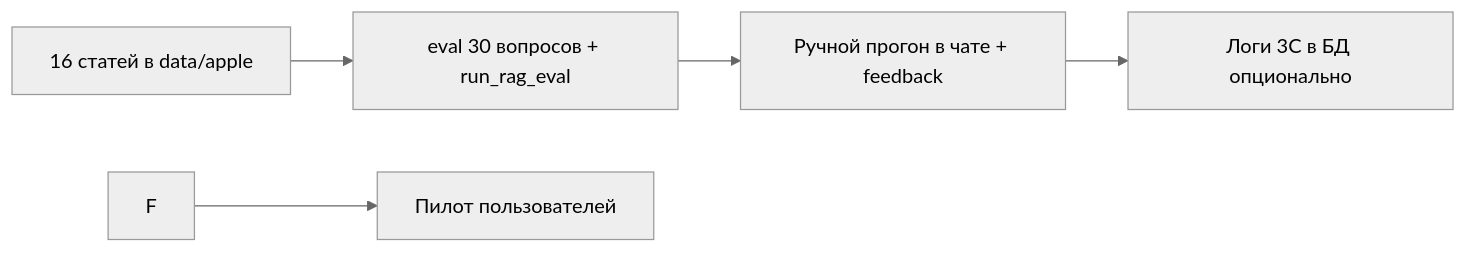
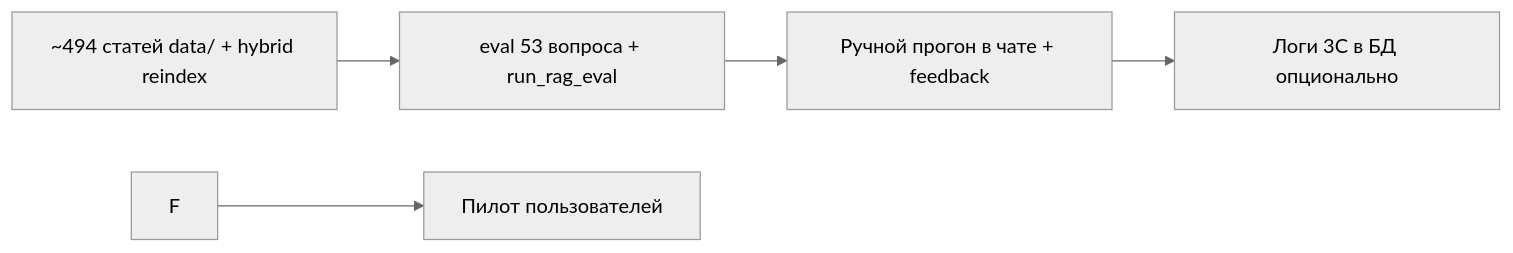
One commit to kantik001/grounded_horticulture_en changed the diagram in docs/knowledge-base/quality-eval-and-rag-logs.md. Above: the diagram before and after it, drawn with Mermaid (neutral theme). The commit also changed other lines of this file and 126 other files, not shown here.

First line of the commit message:
Add hybrid RAG pipeline, plum KB cleanup, and pilot readiness audit.

````diff
--- a/docs/knowledge-base/quality-eval-and-rag-logs.md
+++ b/docs/knowledge-base/quality-eval-and-rag-logs.md
@@ -132,7 +132,7 @@
 ```mermaid
 flowchart LR
-    A[16 статей в data/apple] --> B[eval 30 вопросов + run_rag_eval]
+    A[~494 статей data/ + hybrid reindex] --> B[eval 53 вопроса + run_rag_eval]
     B --> C[Ручной прогон в чате + feedback]
     C --> D[Логи 3C в БД опционально]
     F --> G[Пилот пользователей]
 ```
````
